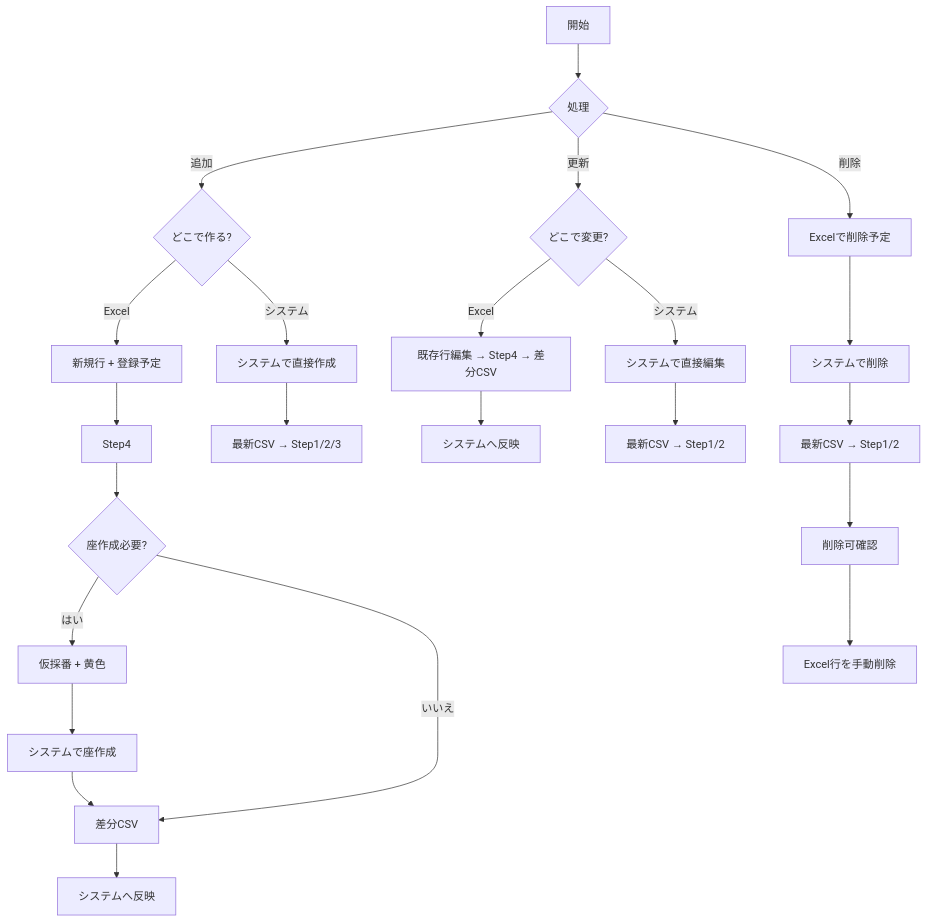
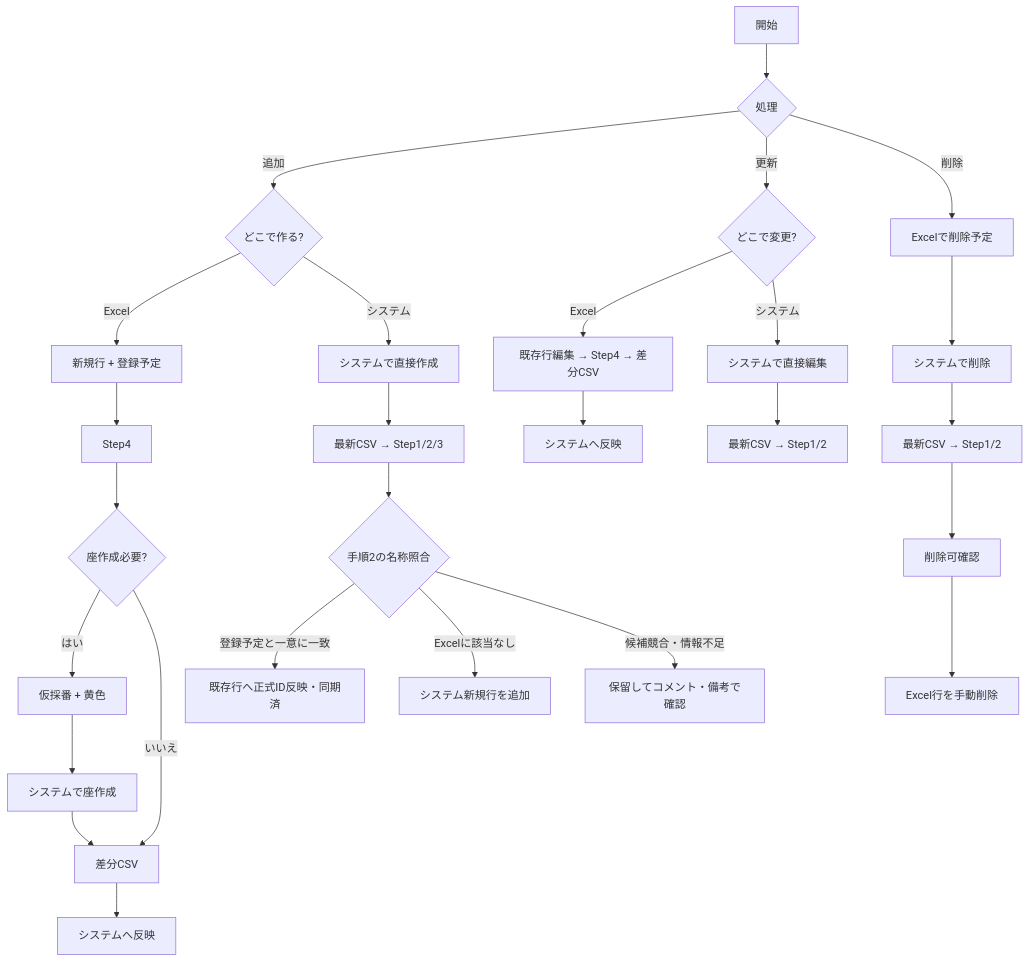
The seventh of 7 diagrams in 新ファイル基準表.md (budou63/file-index-sync), drawn with Mermaid before and after one commit. The commit also changed other lines of this file and 2 other files, not shown here.

```diff
--- a/新ファイル基準表.md
+++ b/新ファイル基準表.md
@@ -676,29 +676,33 @@
 ~~~mermaid
 flowchart TD
     A[開始] --> B{処理}
     B -->|追加| C{どこで作る?}
     B -->|更新| D{どこで変更?}
     B -->|削除| E[Excelで削除予定]
 
     C -->|Excel| C1[新規行 + 登録予定]
     C1 --> C2[Step4]
     C2 --> C3{座作成必要?}
     C3 -->|はい| C4[仮採番 + 黄色]
     C4 --> C5[システムで座作成]
     C3 -->|いいえ| C6[差分CSV]
     C5 --> C6
     C6 --> C7[システムへ反映]
 
     C -->|システム| C8[システムで直接作成]
     C8 --> C9[最新CSV → Step1/2/3]
+    C9 --> C10{手順2の名称照合}
+    C10 -->|登録予定と一意に一致| C11[既存行へ正式ID反映・同期済]
+    C10 -->|Excelに該当なし| C12[システム新規行を追加]
+    C10 -->|候補競合・情報不足| C13[保留してコメント・備考で確認]
 
     D -->|Excel| D1[既存行編集 → Step4 → 差分CSV]
     D1 --> D2[システムへ反映]
     D -->|システム| D3[システムで直接編集]
     D3 --> D4[最新CSV → Step1/2]
 
     E --> E1[システムで削除]
     E1 --> E2[最新CSV → Step1/2]
     E2 --> E3[削除可確認]
     E3 --> E4[Excel行を手動削除]
 ~~~
```
